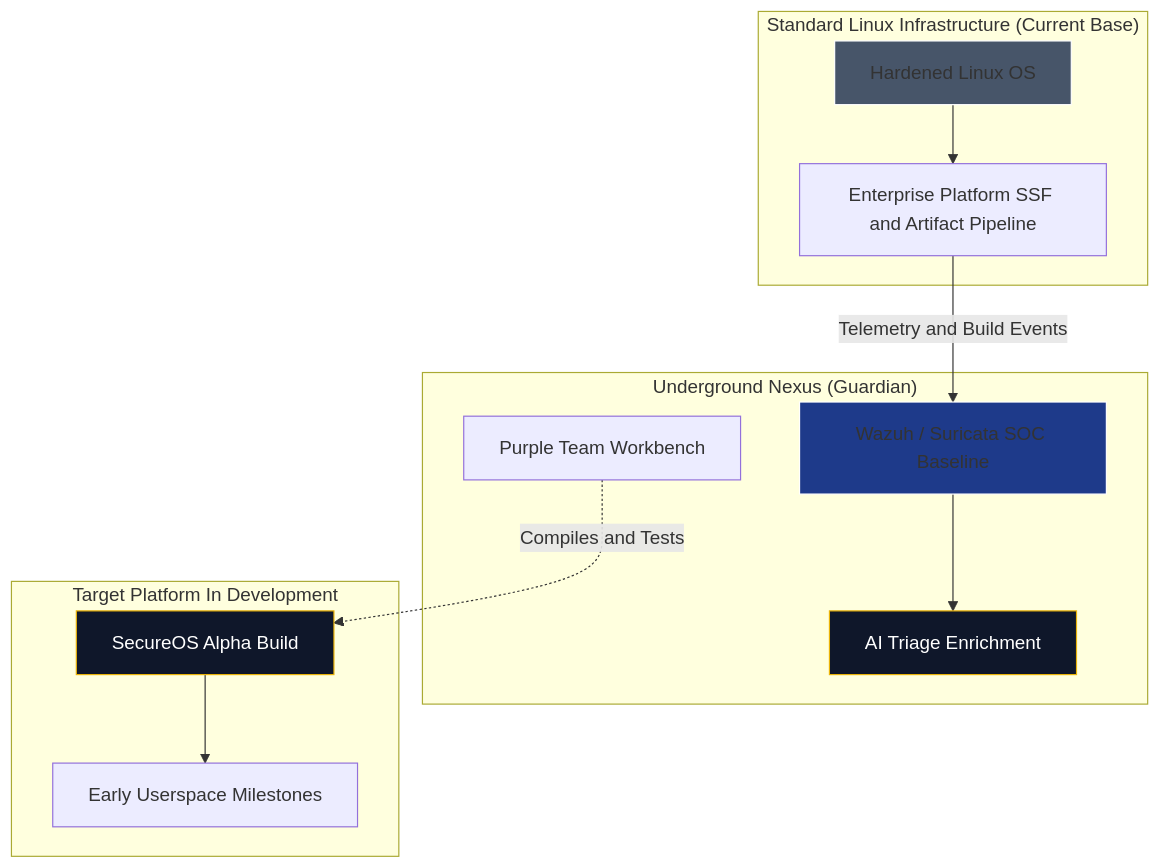
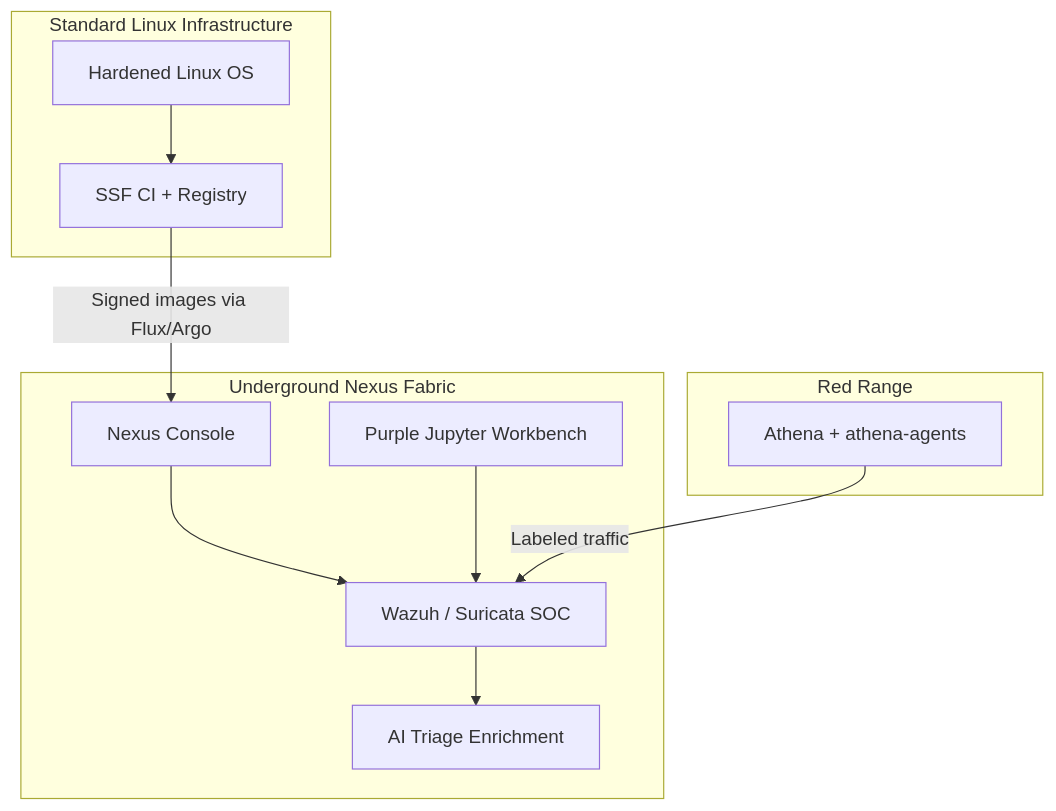
Before and after one commit to acald-creator/core-nexus: the first of 2 diagrams in docs/architecture/03-phased-implementation-roadmap.md, drawn with Mermaid. The commit also changed other lines of this file and 22 other files, not shown here.

First line of the commit message:
docs: add ADRs 0002–0008 and align architecture with locked spine

````diff
--- a/docs/architecture/03-phased-implementation-roadmap.md
+++ b/docs/architecture/03-phased-implementation-roadmap.md
@@ -43,28 +54,24 @@
 ```mermaid
 graph TD
-    subgraph "Standard Linux Infrastructure (Current Base)"
+    subgraph "Standard Linux Infrastructure"
         A[Hardened Linux OS]
-        B[Enterprise Platform SSF and Artifact Pipeline]
+        B[SSF CI + Registry]
         A --> B
     end
 
-    subgraph "Underground Nexus (Guardian)"
-        C[Wazuh / Suricata SOC Baseline]
+    subgraph "Underground Nexus Fabric"
+        C[Wazuh / Suricata SOC]
         D[AI Triage Enrichment]
-        E[Purple Team Workbench]
-        B -->|Telemetry and Build Events| C
+        E[Purple Jupyter Workbench]
+        F[Nexus Console]
+        B -->|Signed images via Flux/Argo| F
         C --> D
+        F --> C
+        E --> C
     end
 
-    subgraph "Target Platform In Development"
-        F[SecureOS Alpha Build]
-        G[Early Userspace Milestones]
-        F --> G
-        E -.->|Compiles and Tests| F
+    subgraph "Red Range"
+        G[Athena + athena-agents]
+        G -->|Labeled traffic| C
     end
-
-    style A fill:#475569,stroke:#fff
-    style C fill:#1e3a8a,stroke:#fff
-    style D fill:#0f172a,stroke:#eab308,color:#fff
-    style F fill:#0f172a,stroke:#eab308,color:#fff
 ```
````
